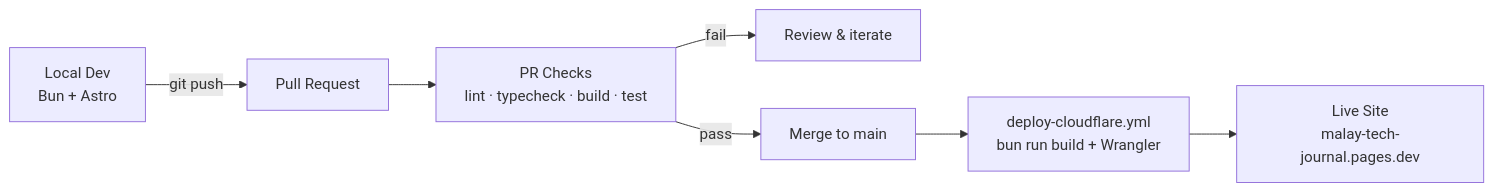
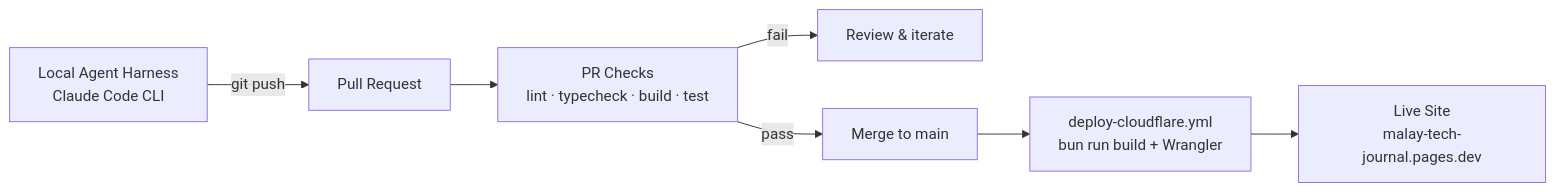
One commit to arifbazli/malay-tech-journal changed the diagram in README.md. Above: the diagram before and after it, drawn with Mermaid. The commit also changed other lines of this file, not shown here.

First line of the commit message:
docs(readme): name the Local Agent Harness as the pipeline's starting point

````diff
--- a/README.md
+++ b/README.md
@@ -58,9 +58,9 @@
 ```mermaid
 flowchart LR
-    A[Local Dev\nBun + Astro] -->|git push| B[Pull Request]
+    A[Local Agent Harness\nClaude Code CLI] -->|git push| B[Pull Request]
     B --> C[PR Checks\nlint · typecheck · build · test]
     C -->|fail| D[Review & iterate]
     C -->|pass| E[Merge to main]
     E --> F[deploy-cloudflare.yml\nbun run build + Wrangler]
     F --> G[Live Site\nmalay-tech-journal.pages.dev]
 ```
````
